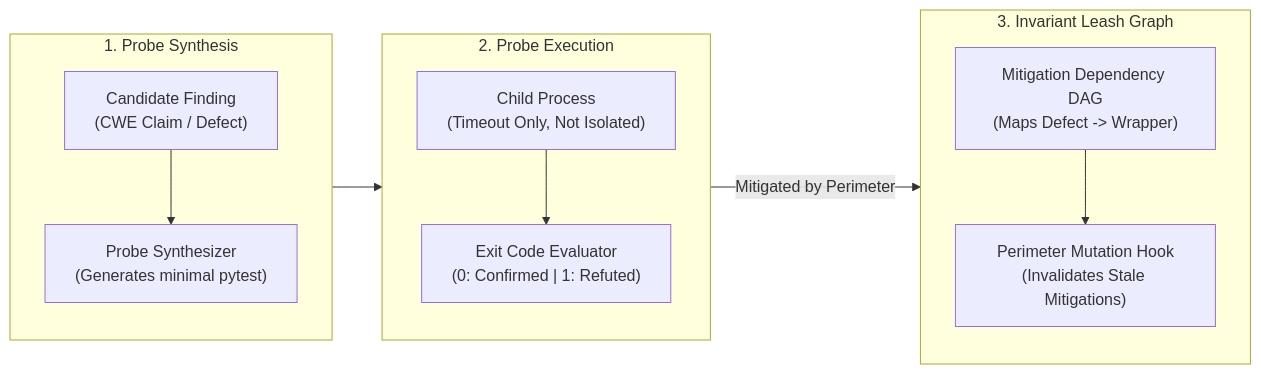
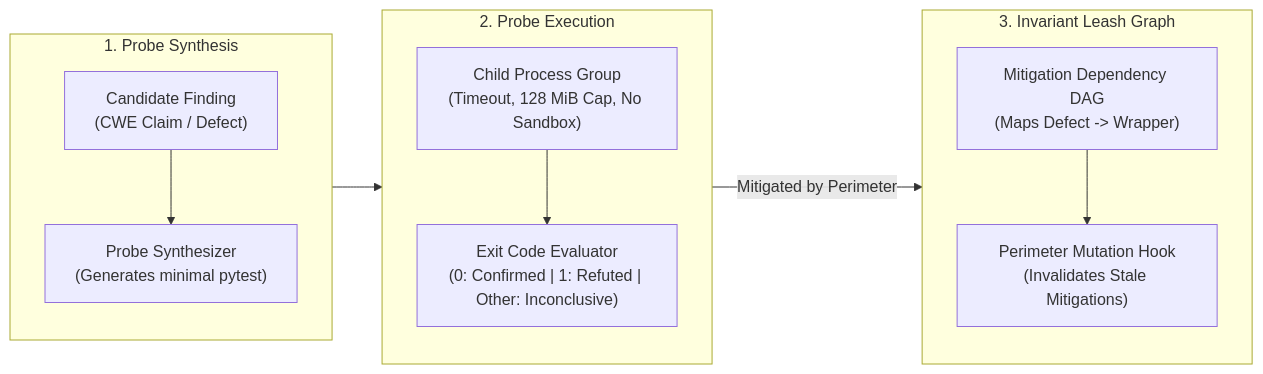
The diagram in patterns/kinetic-exploit-probes-and-invariant-leashing.md (dan-petty/vibes), drawn with Mermaid before and after one commit. The commit also changed other lines of this file and 6 other files, not shown here.

````diff
--- a/patterns/kinetic-exploit-probes-and-invariant-leashing.md
+++ b/patterns/kinetic-exploit-probes-and-invariant-leashing.md
@@ -27,26 +27,26 @@
 ```mermaid
 flowchart LR
     subgraph Synthesis ["1. Probe Synthesis"]
         direction TB
         Finding["Candidate Finding<br/>(CWE Claim / Defect)"]
         Synthesizer["Probe Synthesizer<br/>(Generates minimal pytest)"]
         Finding --> Synthesizer
     end
 
     subgraph Sandbox ["2. Probe Execution"]
         direction TB
-        IsolatedSubprocess["Child Process<br/>(Timeout Only, Not Isolated)"]
-        ExitEvaluation["Exit Code Evaluator<br/>(0: Confirmed | 1: Refuted)"]
+        IsolatedSubprocess["Child Process Group<br/>(Timeout, 128 MiB Cap, No Sandbox)"]
+        ExitEvaluation["Exit Code Evaluator<br/>(0: Confirmed | 1: Refuted | Other: Inconclusive)"]
         IsolatedSubprocess --> ExitEvaluation
     end
 
     subgraph InvariantTracking ["3. Invariant Leash Graph"]
         direction TB
         MitigationDAG["Mitigation Dependency DAG<br/>(Maps Defect -> Wrapper)"]
         FileWatcher["Perimeter Mutation Hook<br/>(Invalidates Stale Mitigations)"]
         MitigationDAG --> FileWatcher
     end
 
     Synthesis --> Sandbox
     Sandbox -->|"Mitigated by Perimeter"| InvariantTracking
 ```
````
